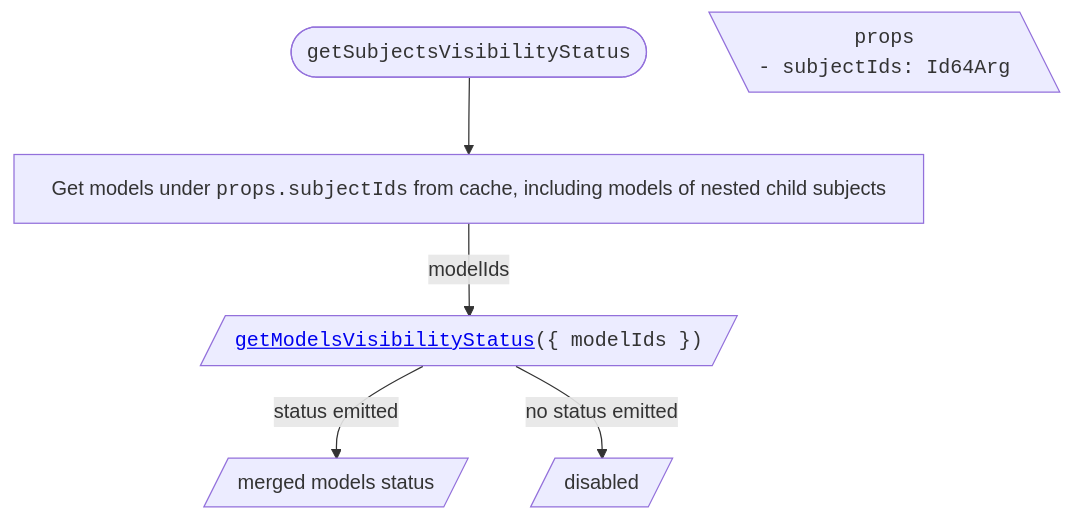
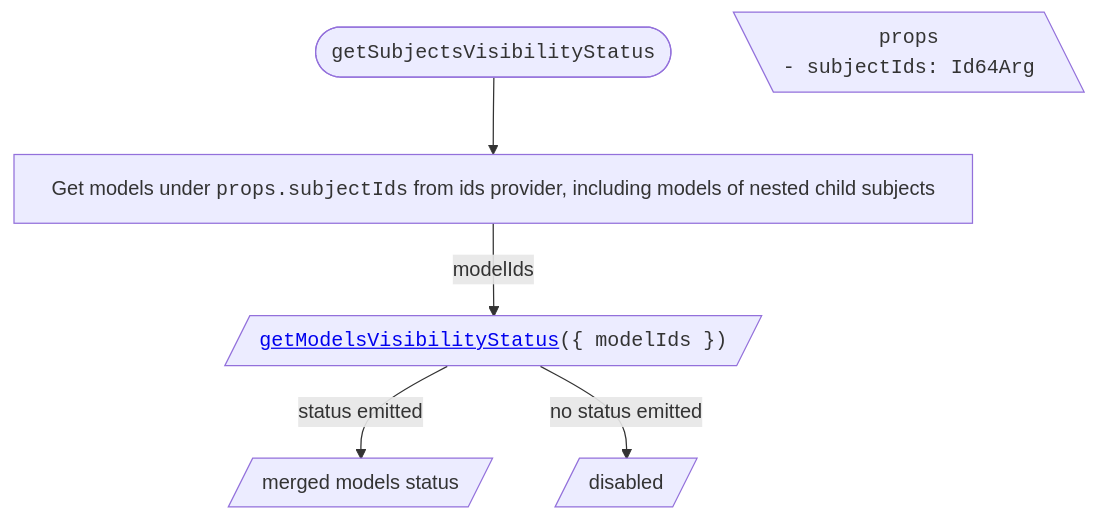
The first of 4 diagrams in packages/tree-widget/docs/ModelsTreeVisibilityHandling.md (iTwin/viewer-components-react), drawn with Mermaid before and after one commit. The commit also changed other lines of this file and 72 other files, not shown here.

````diff
--- a/packages/tree-widget/docs/ModelsTreeVisibilityHandling.md
+++ b/packages/tree-widget/docs/ModelsTreeVisibilityHandling.md
@@ -30,24 +30,24 @@
 ```mermaid
 ---
 config:
   flowchart:
     wrappingWidth: 750
     useMaxWidth: false
 ---
 
 flowchart TD
   RESULT_Status[/merged models status/]
   RESULT_Disabled[/disabled/]
 
   %% Start
-  TITLE(["<span style='font-family: monospace;'>getSubjectsVisibilityStatus</span>"]) --> A["Get models under <span style='font-family: monospace;'>props.subjectIds</span> from cache, including models of nested child subjects"]
+  TITLE(["<span style='font-family: monospace;'>getSubjectsVisibilityStatus</span>"]) --> A["Get models under <span style='font-family: monospace;'>props.subjectIds</span> from ids provider, including models of nested child subjects"]
 
   PROPS[\"
     <span style='font-family: monospace;'>props</span>
     <span style='display: block; text-align: left; font-family: monospace;'>- subjectIds: Id64Arg</span>
   "\]
 
   A -- modelIds --> B[/"<span style='font-family: monospace;'><a href='./SharedVisibilityHandling.md#getmodelsvisibilitystatus'>getModelsVisibilityStatus</a>({ modelIds })</span>"/]
   B -- "status emitted" --> RESULT_Status
   B -- "no status emitted" --> RESULT_Disabled
 ```
````
